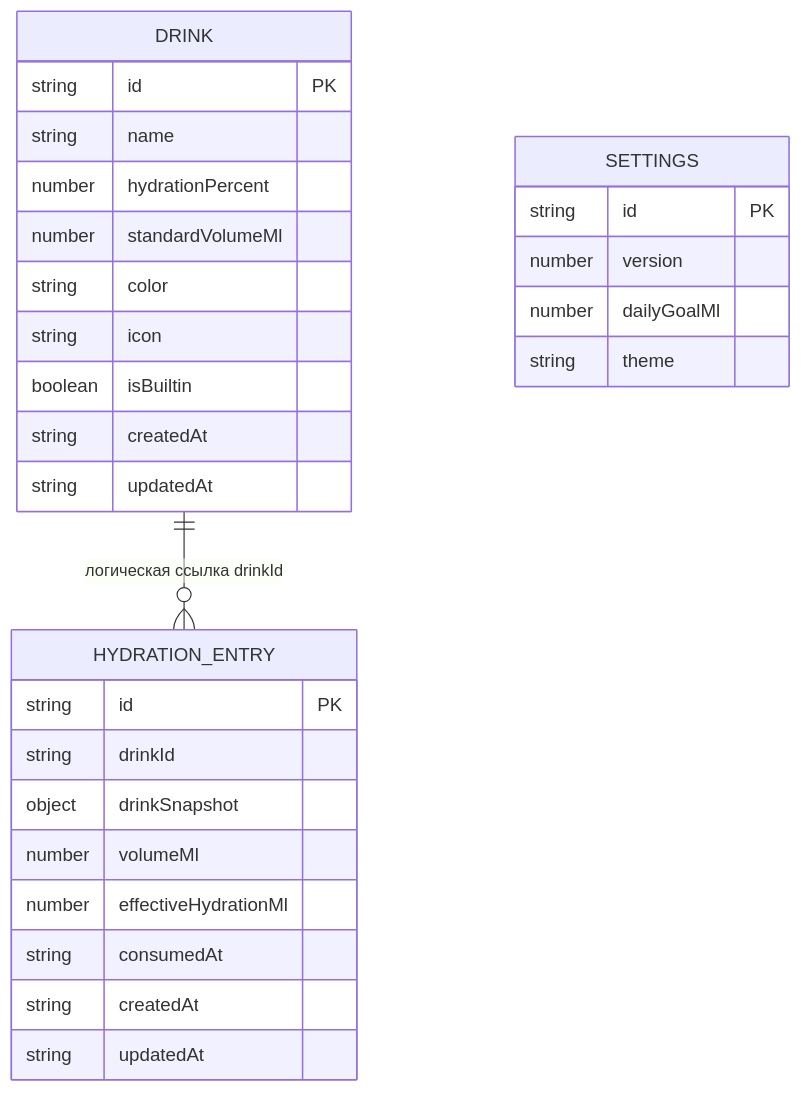
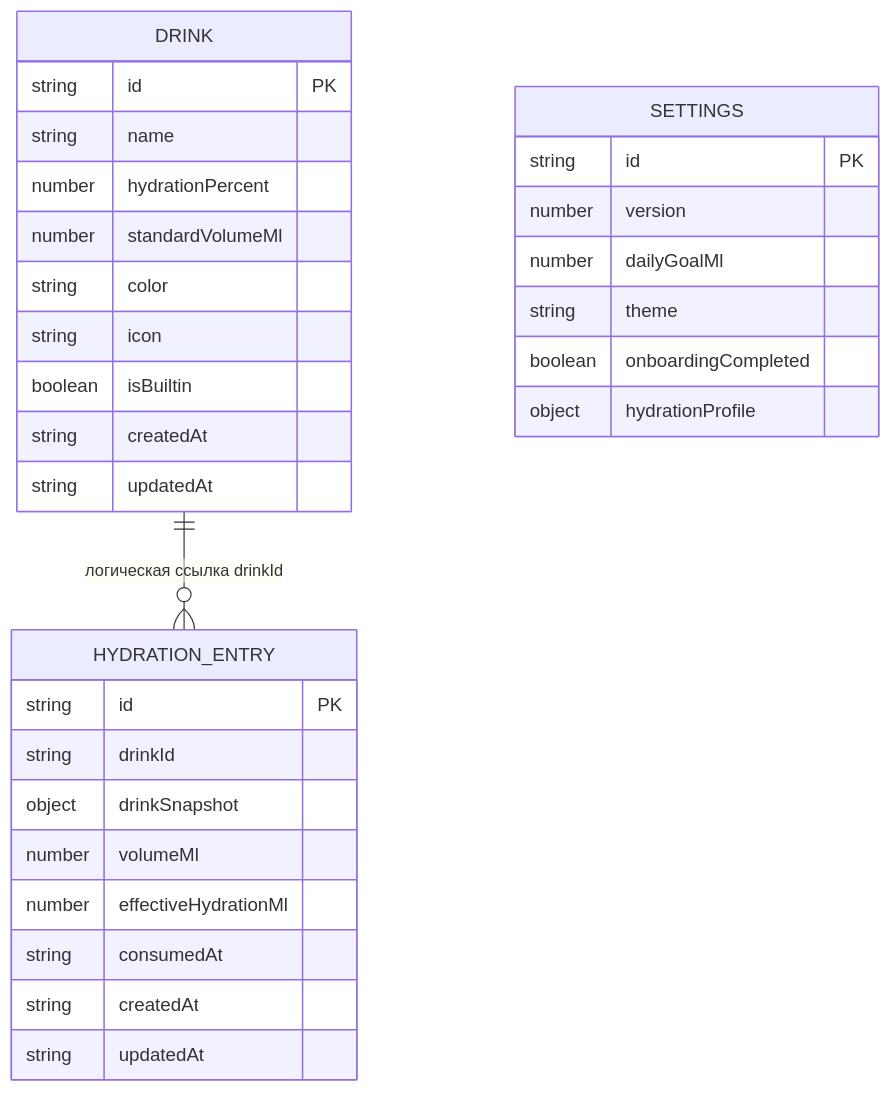
One commit to muchunzyan/water-tracker changed the diagram in docs/architecture.md. Above: the diagram before and after it, drawn with Mermaid. The commit also changed other lines of this file and 39 other files, not shown here.

Commit message:
Implement hydration improvements and onboarding

````diff
--- a/docs/architecture.md
+++ b/docs/architecture.md
@@ -222,31 +222,33 @@
 ```mermaid
 erDiagram
   DRINK ||--o{ HYDRATION_ENTRY : "логическая ссылка drinkId"
   DRINK {
     string id PK
     string name
     number hydrationPercent
     number standardVolumeMl
     string color
     string icon
     boolean isBuiltin
     string createdAt
     string updatedAt
   }
   HYDRATION_ENTRY {
     string id PK
     string drinkId
     object drinkSnapshot
     number volumeMl
     number effectiveHydrationMl
     string consumedAt
     string createdAt
     string updatedAt
   }
   SETTINGS {
     string id PK
     number version
     number dailyGoalMl
     string theme
+    boolean onboardingCompleted
+    object hydrationProfile
   }
 ```
````
